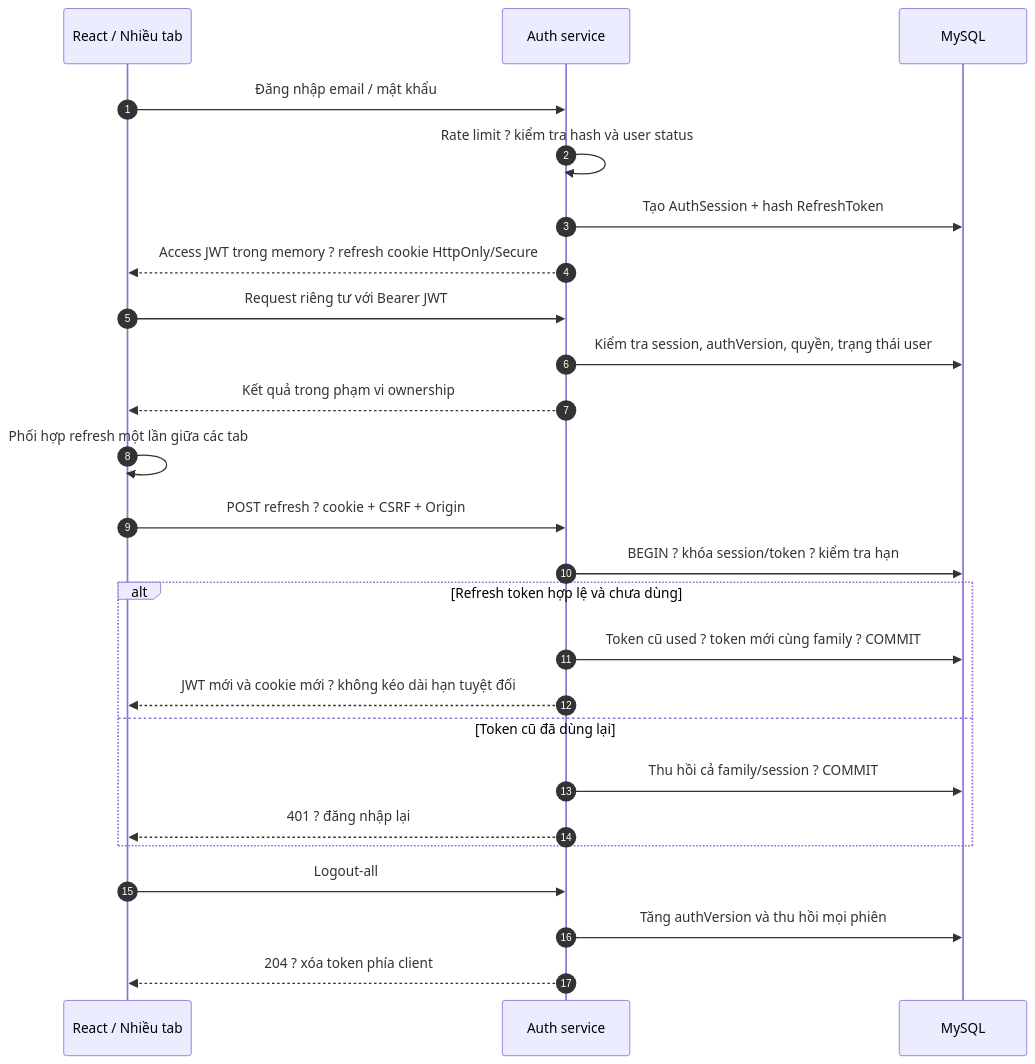
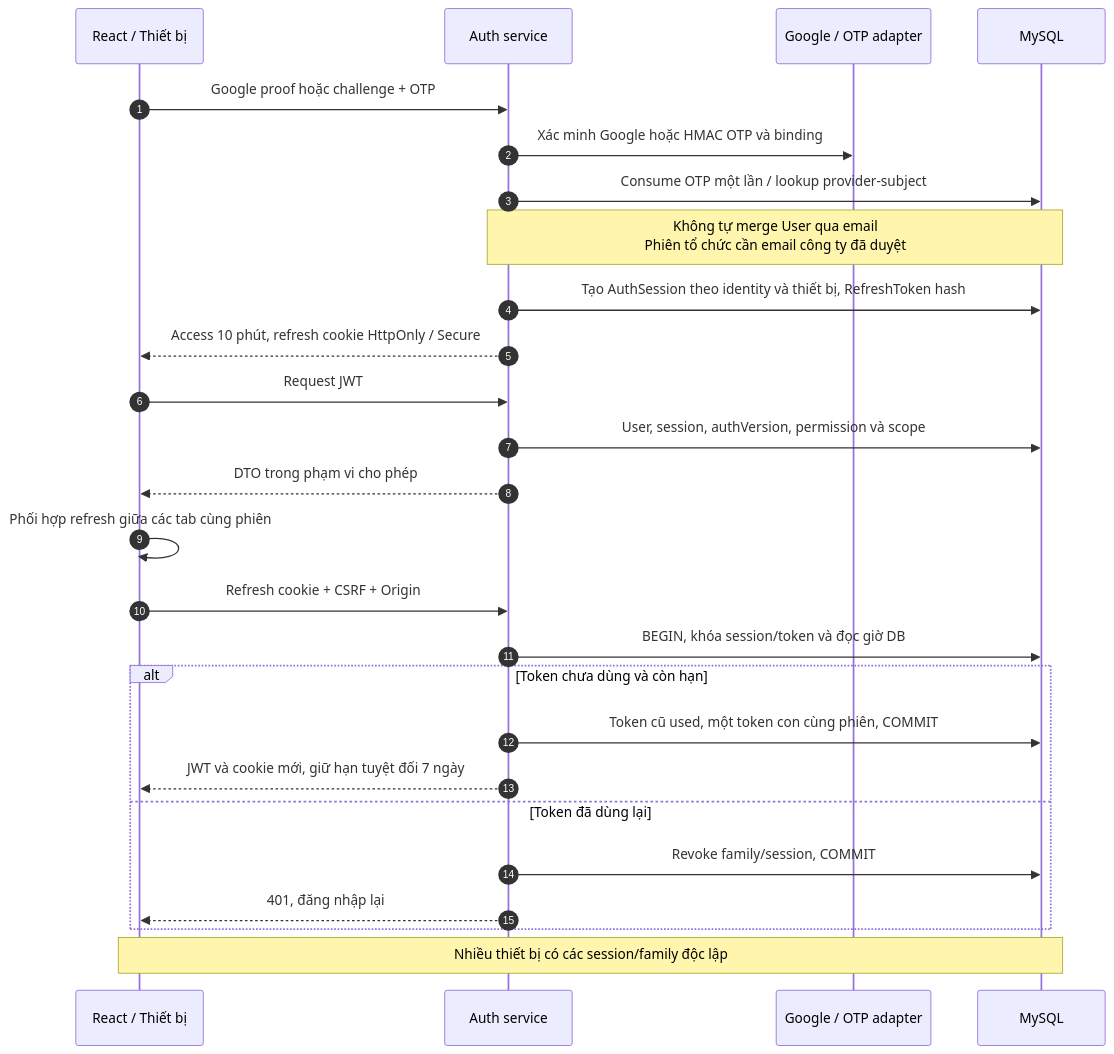
One commit to TienTrn05/Event_booking_ticket changed the diagram in docs/diagrams/12-auth-refresh.mmd. Above: the diagram before and after it, drawn with Mermaid. The commit also changed 56 other files, not shown here.

```diff
--- a/docs/diagrams/12-auth-refresh.mmd
+++ b/docs/diagrams/12-auth-refresh.mmd
@@ -1,25 +1,26 @@
 sequenceDiagram
     autonumber
-    participant UI as React / Nhiều tab
+    participant UI as React / Thiết bị
     participant API as Auth service
+    participant ID as Google / OTP adapter
     participant DB as MySQL
-    UI->>API: Đăng nhập email / mật khẩu
-    API->>API: Rate limit ? kiểm tra hash và user status
-    API->>DB: Tạo AuthSession + hash RefreshToken
-    API-->>UI: Access JWT trong memory ? refresh cookie HttpOnly/Secure
-    UI->>API: Request riêng tư với Bearer JWT
-    API->>DB: Kiểm tra session, authVersion, quyền, trạng thái user
-    API-->>UI: Kết quả trong phạm vi ownership
-    UI->>UI: Phối hợp refresh một lần giữa các tab
-    UI->>API: POST refresh ? cookie + CSRF + Origin
-    API->>DB: BEGIN ? khóa session/token ? kiểm tra hạn
-    alt Refresh token hợp lệ và chưa dùng
-      API->>DB: Token cũ used ? token mới cùng family ? COMMIT
-      API-->>UI: JWT mới và cookie mới ? không kéo dài hạn tuyệt đối
-    else Token cũ đã dùng lại
-      API->>DB: Thu hồi cả family/session ? COMMIT
-      API-->>UI: 401 ? đăng nhập lại
+    UI->>API: Google proof hoặc challenge + OTP
+    API->>ID: Xác minh Google hoặc HMAC OTP và binding
+    API->>DB: Consume OTP một lần / lookup provider-subject
+    Note over API,DB: Không tự merge User qua email<br/>Phiên tổ chức cần email công ty đã duyệt
+    API->>DB: Tạo AuthSession theo identity và thiết bị, RefreshToken hash
+    API-->>UI: Access 10 phút, refresh cookie HttpOnly / Secure
+    UI->>API: Request JWT
+    API->>DB: User, session, authVersion, permission và scope
+    API-->>UI: DTO trong phạm vi cho phép
+    UI->>UI: Phối hợp refresh giữa các tab cùng phiên
+    UI->>API: Refresh cookie + CSRF + Origin
+    API->>DB: BEGIN, khóa session/token và đọc giờ DB
+    alt Token chưa dùng và còn hạn
+      API->>DB: Token cũ used, một token con cùng phiên, COMMIT
+      API-->>UI: JWT và cookie mới, giữ hạn tuyệt đối 7 ngày
+    else Token đã dùng lại
+      API->>DB: Revoke family/session, COMMIT
+      API-->>UI: 401, đăng nhập lại
     end
-    UI->>API: Logout-all
-    API->>DB: Tăng authVersion và thu hồi mọi phiên
-    API-->>UI: 204 ? xóa token phía client
+    Note over UI,DB: Nhiều thiết bị có các session/family độc lập
```
